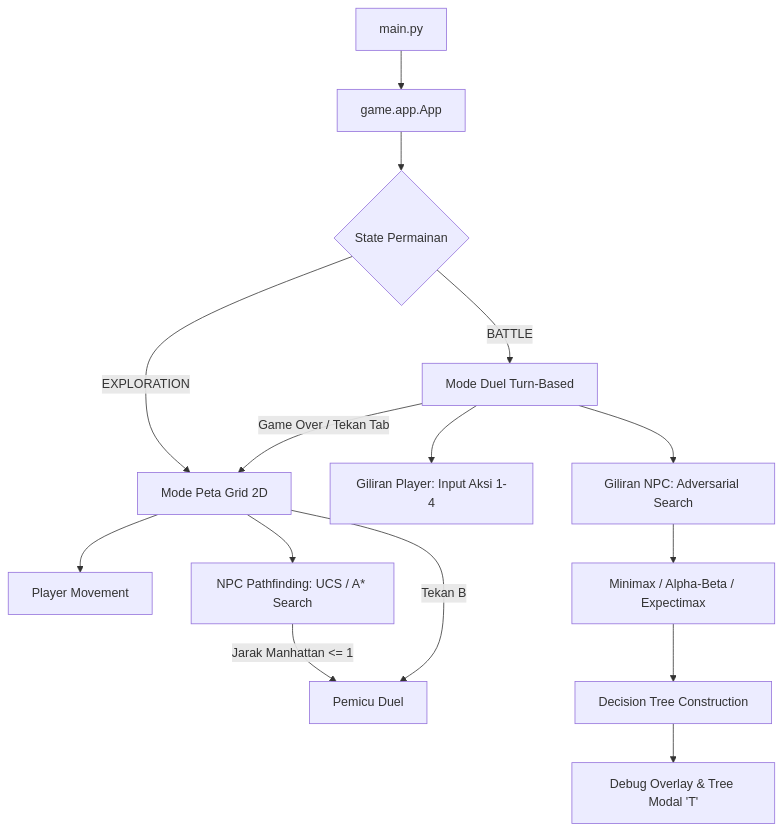
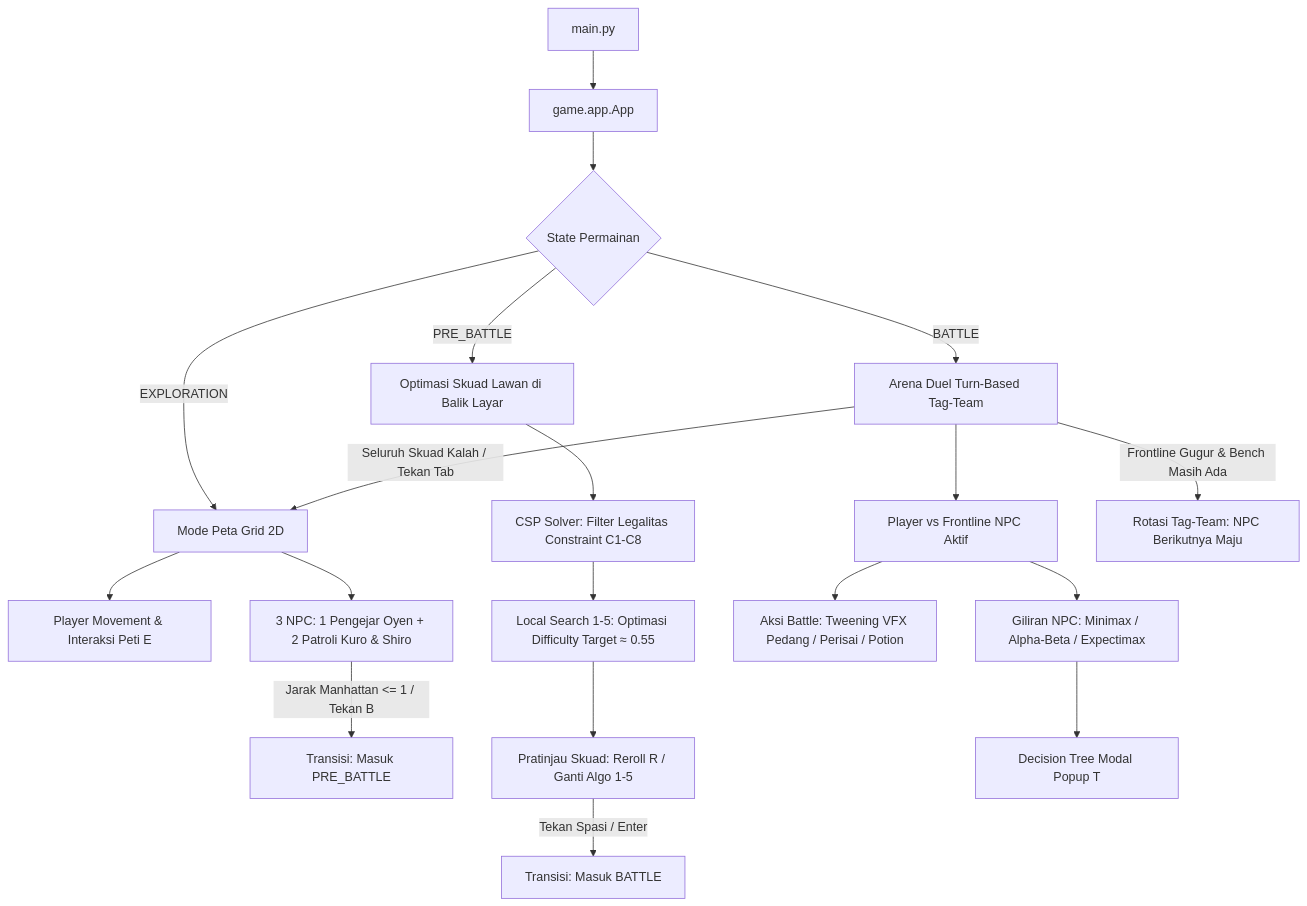
The diagram in README.md (hanifmyssr/Game-AI), drawn with Mermaid before and after one commit. The commit also changed other lines of this file and 30 other files, not shown here.

Commit message:
feat: implementasi local search dan csp, belum debug

````diff
--- a/README.md
+++ b/README.md
@@ -52,17 +60,21 @@
 ```mermaid
 graph TD
     A[main.py] --> B[game.app.App]
     B --> C{State Permainan}
     C -->|EXPLORATION| D[Mode Peta Grid 2D]
-    D --> E[Player Movement]
-    D --> F[NPC Pathfinding: UCS / A* Search]
-    F -->|Jarak Manhattan <= 1| G[Pemicu Duel]
-    D -->|Tekan B| G
-    C -->|BATTLE| H[Mode Duel Turn-Based]
-    H --> I[Giliran Player: Input Aksi 1-4]
-    H --> J[Giliran NPC: Adversarial Search]
-    J --> K[Minimax / Alpha-Beta / Expectimax]
-    K --> L[Decision Tree Construction]
-    L --> M[Debug Overlay & Tree Modal 'T']
-    H -->|Game Over / Tekan Tab| D
+    D --> E[Player Movement & Interaksi Peti E]
+    D --> F[3 NPC: 1 Pengejar Oyen + 2 Patroli Kuro & Shiro]
+    F -->|Jarak Manhattan <= 1 / Tekan B| G[Transisi: Masuk PRE_BATTLE]
+    C -->|PRE_BATTLE| H[Optimasi Skuad Lawan di Balik Layar]
+    H --> I[CSP Solver: Filter Legalitas Constraint C1-C8]
+    I --> J[Local Search 1-5: Optimasi Difficulty Target ≈ 0.55]
+    J --> K[Pratinjau Skuad: Reroll R / Ganti Algo 1-5]
+    K -->|Tekan Spasi / Enter| L[Transisi: Masuk BATTLE]
+    C -->|BATTLE| M[Arena Duel Turn-Based Tag-Team]
+    M --> N[Player vs Frontline NPC Aktif]
+    N --> O[Aksi Battle: Tweening VFX Pedang / Perisai / Potion]
+    N --> P[Giliran NPC: Minimax / Alpha-Beta / Expectimax]
+    P --> Q[Decision Tree Modal Popup T]
+    M -->|Frontline Gugur & Bench Masih Ada| R[Rotasi Tag-Team: NPC Berikutnya Maju]
+    M -->|Seluruh Skuad Kalah / Tekan Tab| D
 ```
````
